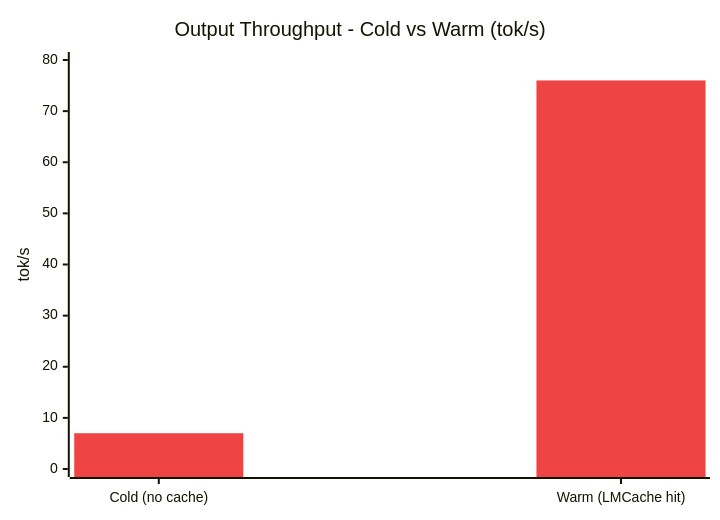
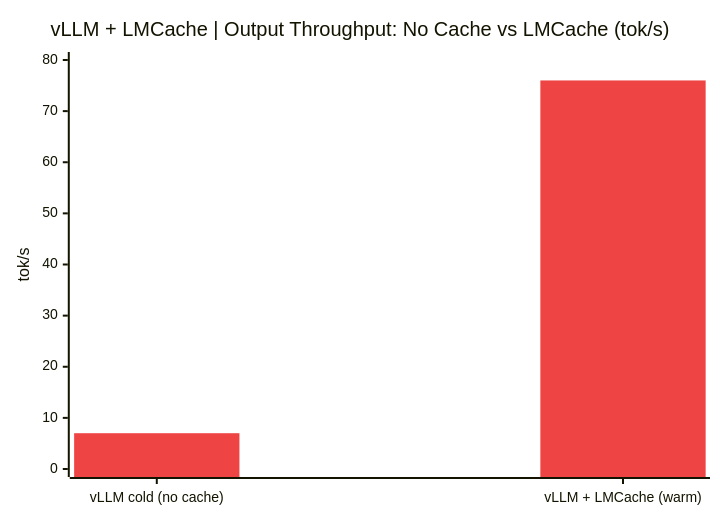
One commit to umianta/lmcache-vllm changed the third of 4 diagrams in README.md. Above: the diagram before and after it, drawn with Mermaid. The commit also changed other lines of this file, not shown here.

Commit message:
Update README: colorful Mermaid charts with vLLM + LMCache branding

````diff
--- a/README.md
+++ b/README.md
@@ -251,8 +251,8 @@
 ```mermaid
 %%{init: {'theme': 'base', 'themeVariables': {'xyChart': {'plotColorPalette': '#ef4444,#22c55e'}}}}%%
 xychart-beta
-    title "Output Throughput - Cold vs Warm (tok/s)"
-    x-axis ["Cold (no cache)", "Warm (LMCache hit)"]
+    title "vLLM + LMCache | Output Throughput: No Cache vs LMCache (tok/s)"
+    x-axis ["vLLM cold (no cache)", "vLLM + LMCache (warm)"]
     y-axis "tok/s" 0 --> 80
     bar [7, 76]
 ```
````
